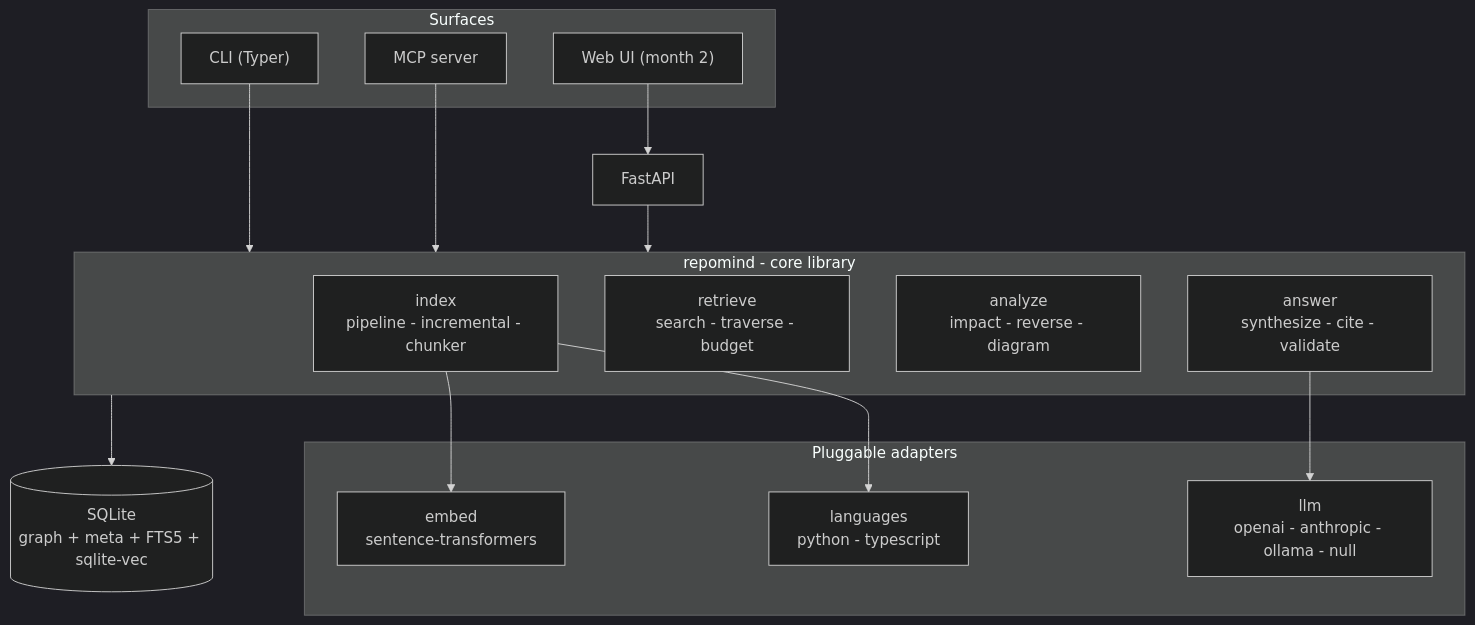
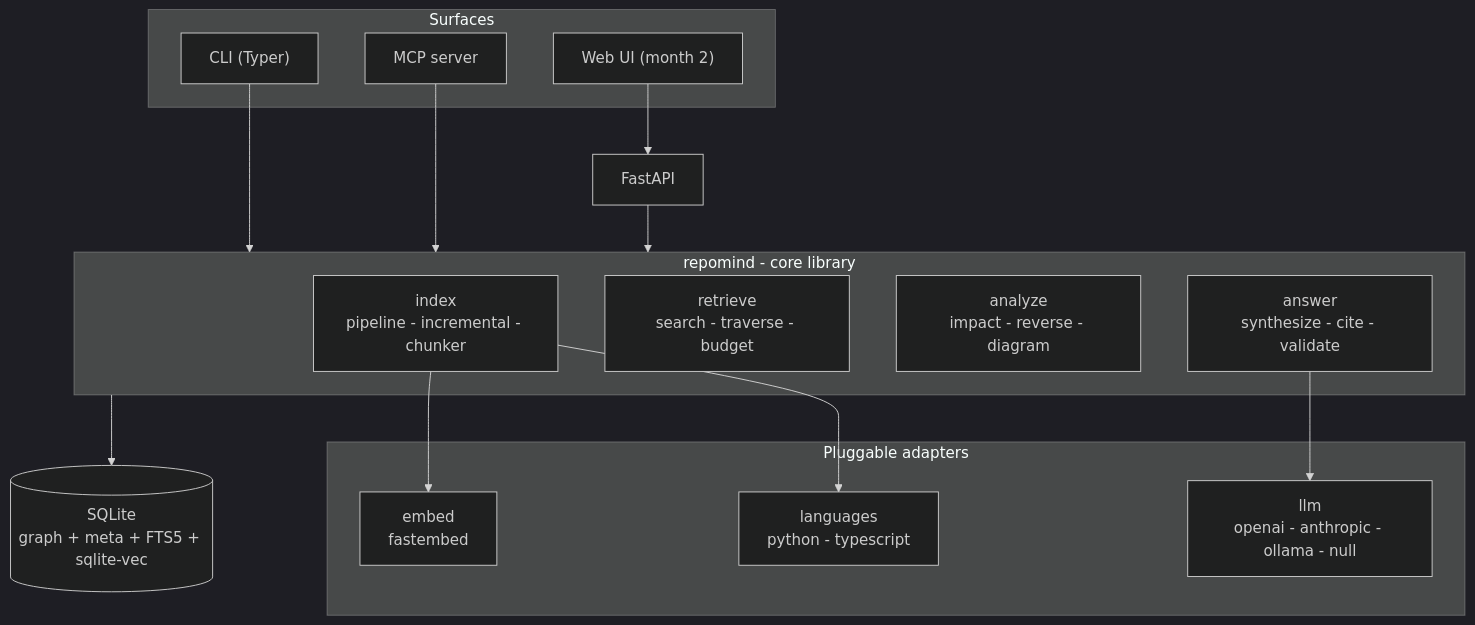
Before and after one commit to Fahim-Ahamed-17/RepoMind: the first of 4 diagrams in docs/design.md, drawn with Mermaid (dark theme). The commit also changed other lines of this file and 9 other files, not shown here.

````diff
--- a/docs/design.md
+++ b/docs/design.md
@@ -37,32 +37,32 @@
 ```mermaid
 flowchart TB
     subgraph S["Surfaces"]
         CLI["CLI (Typer)"]
         MCP["MCP server"]
         WEB["Web UI (month 2)"]
     end
 
     subgraph L["repomind - core library"]
         IDX["index<br/>pipeline - incremental - chunker"]
         RET["retrieve<br/>search - traverse - budget"]
         ANA["analyze<br/>impact - reverse - diagram"]
         ANS["answer<br/>synthesize - cite - validate"]
     end
 
     subgraph P["Pluggable adapters"]
         LANG["languages<br/>python - typescript"]
         LLMP["llm<br/>openai - anthropic - ollama - null"]
-        EMB["embed<br/>sentence-transformers"]
+        EMB["embed<br/>fastembed"]
     end
 
     SQL[("SQLite<br/>graph + meta + FTS5 + sqlite-vec")]
 
     CLI --> L
     MCP --> L
     WEB --> HTTP["FastAPI"]
     HTTP --> L
     IDX --> LANG
     IDX --> EMB
     ANS --> LLMP
     L --> SQL
 ```
````
